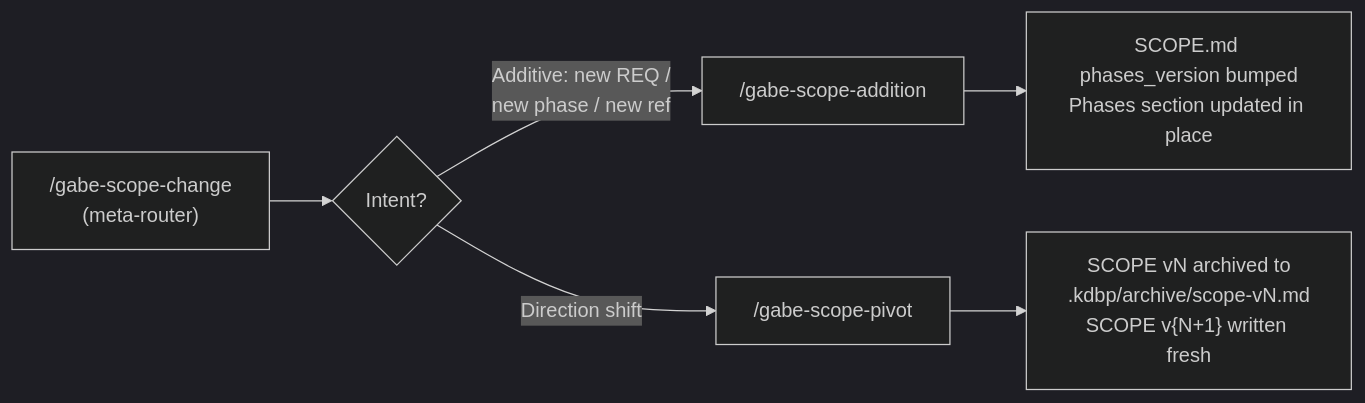
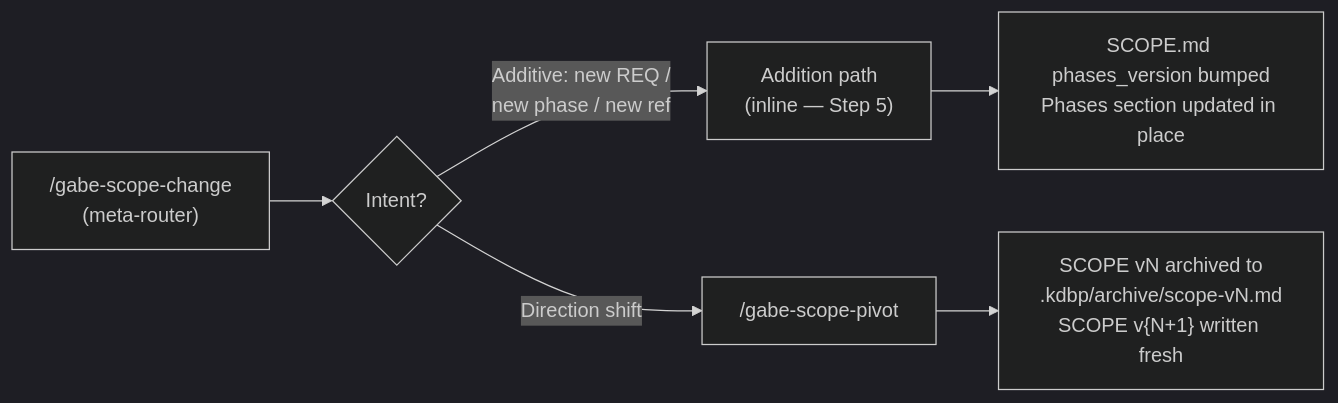
One commit to Brownbull/gabe-suite changed the fourth of 4 diagrams in docs/WORKFLOW.md. Above: the diagram before and after it, drawn with Mermaid (dark theme). The commit also changed other lines of this file and 23 other files, not shown here.

````diff
--- a/docs/WORKFLOW.md
+++ b/docs/WORKFLOW.md
@@ -118,8 +118,8 @@
 ```mermaid
 flowchart LR
     Entry["/gabe-scope-change<br/>(meta-router)"] --> Classify{"Intent?"}
-    Classify -->|Additive: new REQ /<br/>new phase / new ref| Addition["/gabe-scope-addition"]
+    Classify -->|Additive: new REQ /<br/>new phase / new ref| Addition["Addition path<br/>(inline — Step 5)"]
     Classify -->|Direction shift| Pivot["/gabe-scope-pivot"]
     Addition --> AddResult["SCOPE.md phases_version bumped<br/>Phases section updated in place"]
     Pivot --> PivotResult["SCOPE vN archived to<br/>.kdbp/archive/scope-vN.md<br/>SCOPE v&lcub;N+1&rcub; written fresh"]
 ```
````
